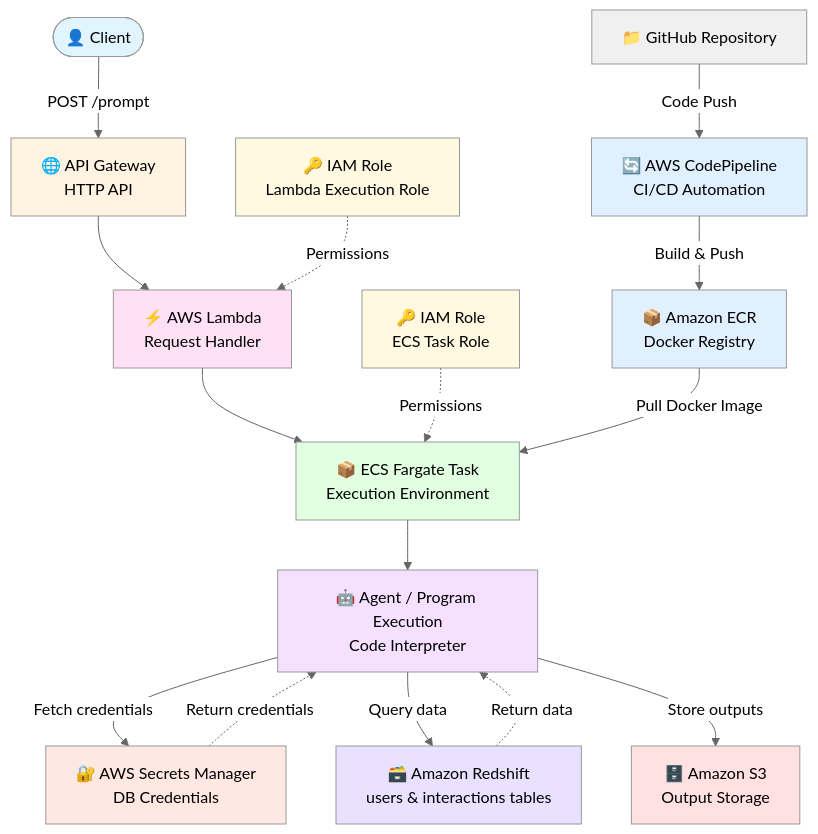
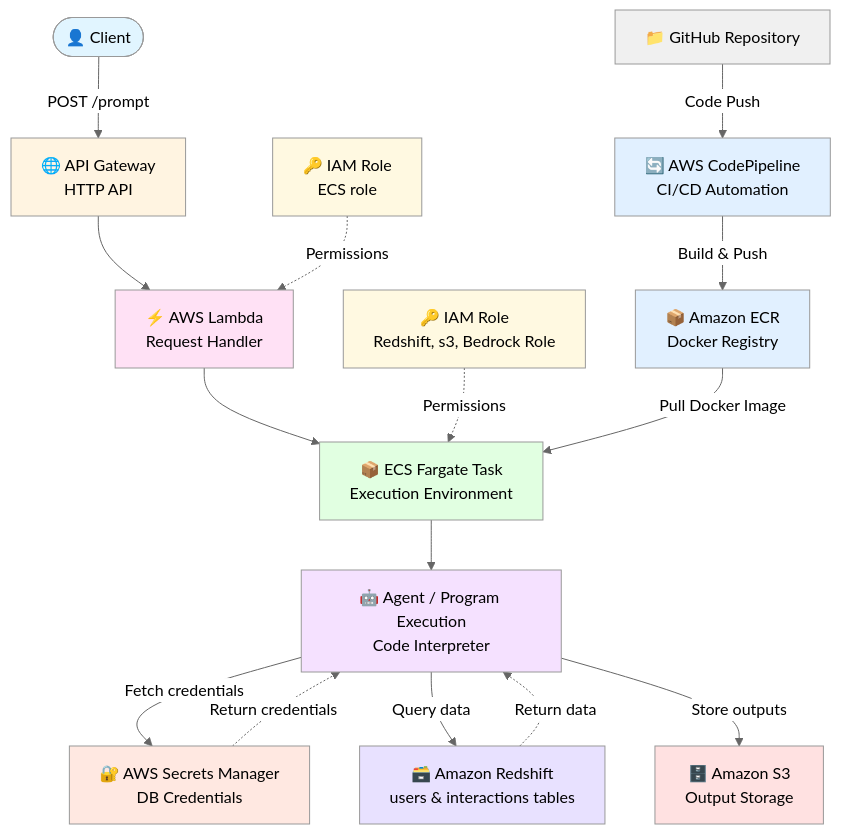
One commit to knkasa/LLM_python_executor changed the diagram in README.md. Above: the diagram before and after it, drawn with Mermaid (neutral theme).

````diff
--- a/README.md
+++ b/README.md
@@ -39,34 +39,34 @@
 ```mermaid
 flowchart TD
     GitHub[📁 GitHub Repository] -->|Code Push| CodePipeline[🔄 AWS CodePipeline<br/>CI/CD Automation]
     CodePipeline -->|Build & Push| ECR[📦 Amazon ECR<br/>Docker Registry]
     
     Client([👤 Client]) -->|POST /prompt| APIGW[🌐 API Gateway<br/>HTTP API]
     APIGW --> Lambda[⚡ AWS Lambda<br/>Request Handler]
-    LambdaRole[🔑 IAM Role<br/>Lambda Execution Role] -.->|Permissions| Lambda
+    LambdaRole[🔑 IAM Role<br/>ECS role] -.->|Permissions| Lambda
     Lambda --> ECS[📦 ECS Fargate Task<br/>Execution Environment]
-    ECSRole[🔑 IAM Role<br/>ECS Task Role] -.->|Permissions| ECS
+    ECSRole[🔑 IAM Role<br/>Redshift, s3, Bedrock Role] -.->|Permissions| ECS
     ECR -->|Pull Docker Image| ECS
     ECS --> LLM[🤖 Agent / Program Execution<br/>Code Interpreter]
     
     LLM -->|Fetch credentials| SM[🔐 AWS Secrets Manager<br/>DB Credentials]
     SM -.->|Return credentials| LLM
     LLM -->|Query data| Redshift[🗃️ Amazon Redshift<br/>users & interactions tables]
     Redshift -.->|Return data| LLM
     
     LLM -->|Store outputs| S3[🗄️ Amazon S3<br/>Output Storage]
     
     style GitHub fill:#f0f0f0
     style CodePipeline fill:#e1f0ff
     style ECR fill:#e1f0ff
     style Client fill:#e1f5ff
     style APIGW fill:#fff4e1
     style Lambda fill:#ffe1f5
     style LambdaRole fill:#fff9e1
     style ECS fill:#e1ffe1
     style ECSRole fill:#fff9e1
     style LLM fill:#f5e1ff
     style SM fill:#ffe8e1
     style Redshift fill:#e8e1ff
     style S3 fill:#ffe1e1
 ```
````
